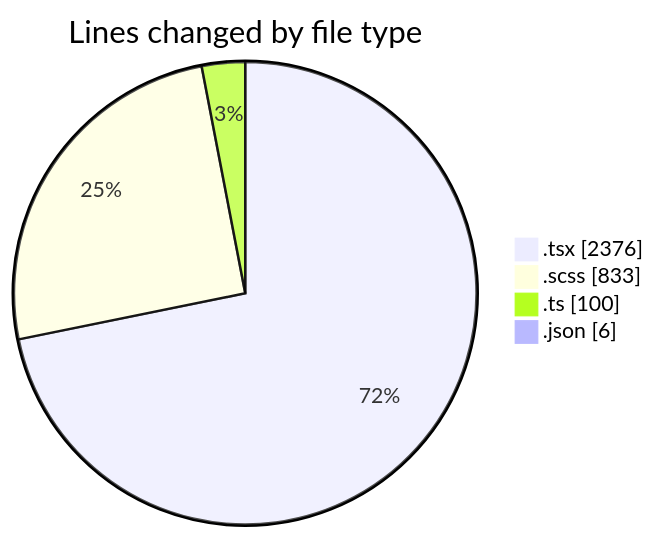
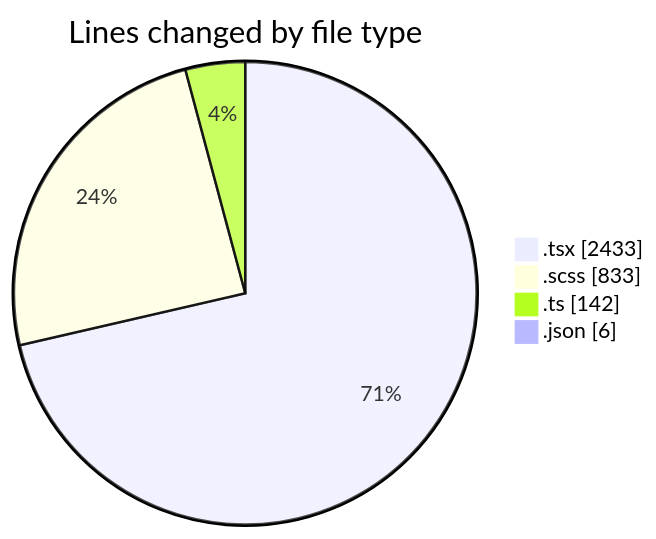
Before and after one commit to momahboobian/code-tracking: the first of 2 diagrams in 2025-10-06/cda/README.md, drawn with Mermaid. The commit also changed other lines of this file and 1 other file, not shown here.

````diff
--- a/2025-10-06/cda/README.md
+++ b/2025-10-06/cda/README.md
@@ -28,8 +28,8 @@
 ```mermaid
 pie showData
 title Lines changed by file type
-".tsx" : 2376
+".tsx" : 2433
 ".scss" : 833
-".ts" : 100
+".ts" : 142
 ".json" : 6
 ```
````
